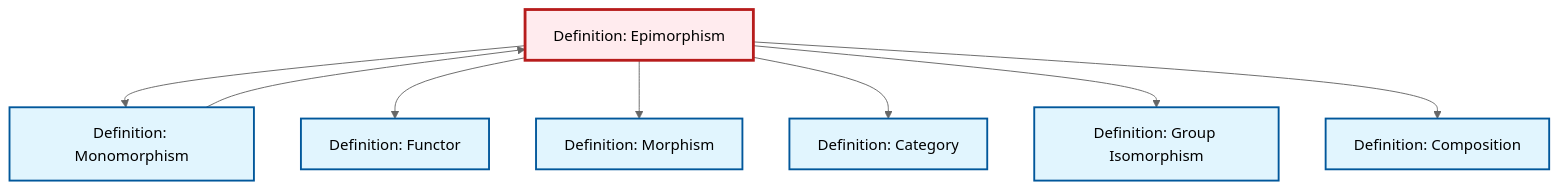
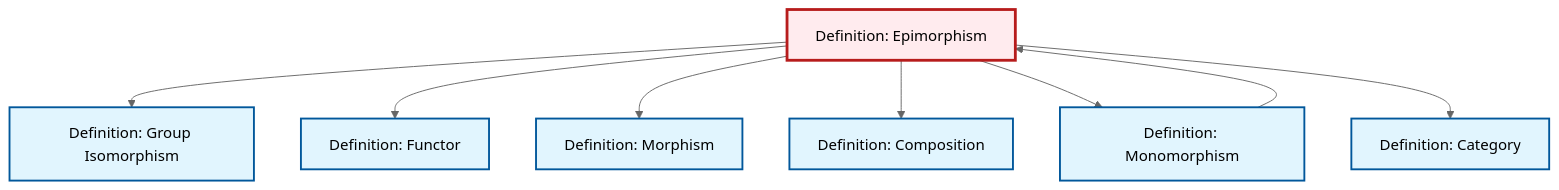
The diagram in content/en/category-theory/def-epimorphism.qmd (RK0429/ModernMath), drawn with Mermaid (neutral theme) before and after one commit. The commit also changed other lines of this file and 654 other files, not shown here.

````diff
--- a/content/en/category-theory/def-epimorphism.qmd
+++ b/content/en/category-theory/def-epimorphism.qmd
@@ -96,30 +96,30 @@
 ```{mermaid}
 %%| fig-cap: "Local dependency graph"
 graph TD
     classDef definition fill:#e1f5fe,stroke:#01579b,stroke-width:2px
     classDef theorem fill:#f3e5f5,stroke:#4a148c,stroke-width:2px
     classDef axiom fill:#fff3e0,stroke:#e65100,stroke-width:2px
     classDef example fill:#e8f5e9,stroke:#1b5e20,stroke-width:2px
     classDef current fill:#ffebee,stroke:#b71c1c,stroke-width:3px
+    def-isomorphism["Definition: Group Isomorphism"]:::definition
+    def-functor["Definition: Functor"]:::definition
+    def-epimorphism["Definition: Epimorphism"]:::definition
     def-category["Definition: Category"]:::definition
+    def-morphism["Definition: Morphism"]:::definition
     def-composition["Definition: Composition"]:::definition
-    def-epimorphism["Definition: Epimorphism"]:::definition
     def-monomorphism["Definition: Monomorphism"]:::definition
-    def-isomorphism["Definition: Group Isomorphism"]:::definition
-    def-morphism["Definition: Morphism"]:::definition
-    def-functor["Definition: Functor"]:::definition
-    def-epimorphism --> def-monomorphism
+    def-epimorphism --> def-isomorphism
     def-epimorphism --> def-functor
     def-epimorphism --> def-morphism
     def-monomorphism --> def-epimorphism
+    def-epimorphism --> def-composition
+    def-epimorphism --> def-monomorphism
     def-epimorphism --> def-category
-    def-epimorphism --> def-isomorphism
-    def-epimorphism --> def-composition
     class def-epimorphism current
+    click def-isomorphism "def-isomorphism.html" "Go to Group Isomorphism definition"
+    click def-functor "def-functor.html" "Go to Functor definition"
     click def-category "def-category.html" "Go to Category definition"
+    click def-morphism "def-morphism.html" "Go to Morphism definition"
     click def-composition "def-composition.html" "Go to Composition definition"
     click def-monomorphism "def-monomorphism.html" "Go to Monomorphism definition"
-    click def-isomorphism "def-isomorphism.html" "Go to Group Isomorphism definition"
-    click def-morphism "def-morphism.html" "Go to Morphism definition"
-    click def-functor "def-functor.html" "Go to Functor definition"
 ```
````
